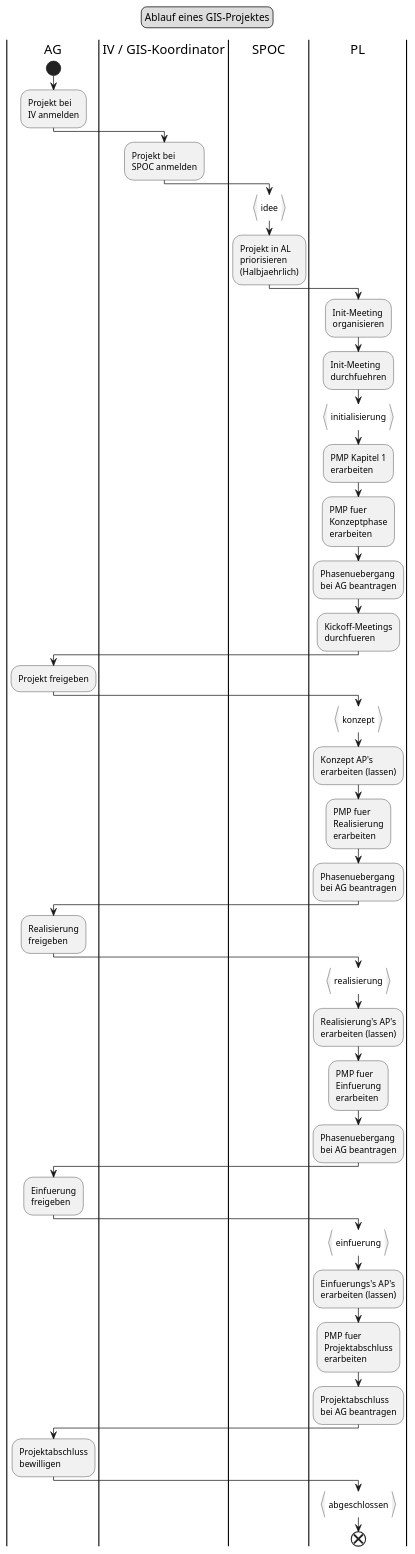
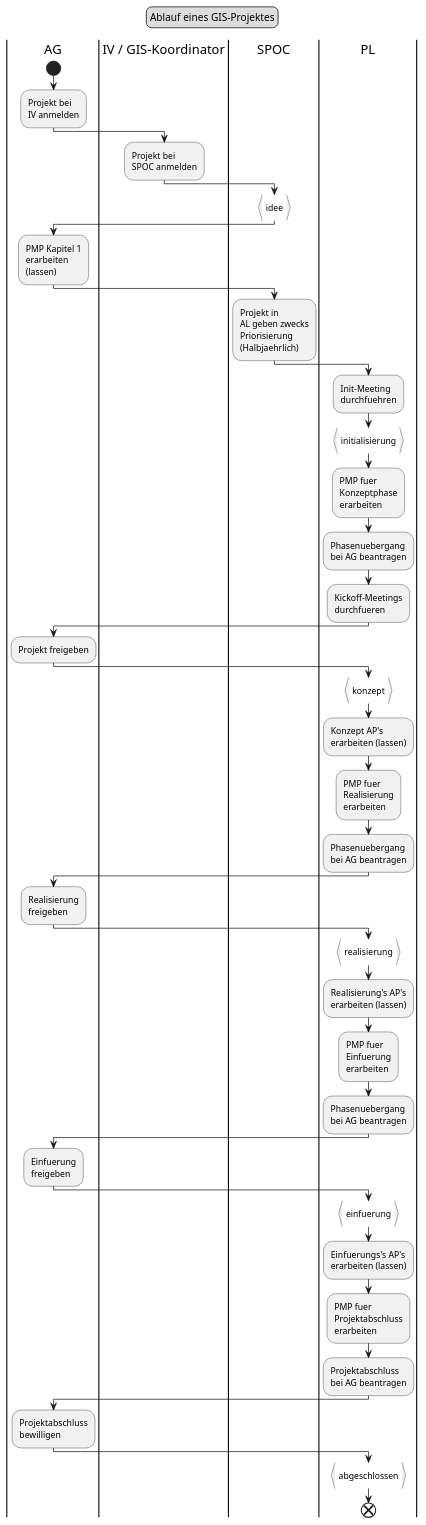
The diagram in puml/src/flow_gisprojekt.puml (ojeker/docktick), drawn with PlantUML before and after one commit. The commit also changed 5 other files, not shown here.

Commit message:
Authored project flows

```diff
--- a/puml/src/flow_gisprojekt.puml
+++ b/puml/src/flow_gisprojekt.puml
@@ -1,73 +1,75 @@
 @startuml
 legend top
 	Ablauf eines GIS-Projektes
 end legend
 |AG|
 start
 :Projekt bei
 IV anmelden;
 |IV / GIS-Koordinator|
 :Projekt bei
 SPOC anmelden;
 |SPOC|
 :idee}
-:Projekt in AL
-priorisieren
+|AG|
+:PMP Kapitel 1
+erarbeiten
+(lassen);
+|SPOC|
+:Projekt in
+AL geben zwecks
+Priorisierung
 (Halbjaehrlich);
 |PL|
 :Init-Meeting
-organisieren;
-:Init-Meeting
 durchfuehren;
 :initialisierung}
-:PMP Kapitel 1
-erarbeiten;
 :PMP fuer
 Konzeptphase
 erarbeiten;
 :Phasenuebergang
 bei AG beantragen;
 :Kickoff-Meetings
 durchfueren;
 |AG|
 :Projekt freigeben;
 |PL|
 :konzept}
 :Konzept AP's
 erarbeiten (lassen);
 :PMP fuer
 Realisierung
 erarbeiten;
 :Phasenuebergang
 bei AG beantragen;
 |AG|
 :Realisierung
 freigeben;
 |PL|
 :realisierung}
 :Realisierung's AP's
 erarbeiten (lassen);
 :PMP fuer
 Einfuerung
 erarbeiten;
 :Phasenuebergang
 bei AG beantragen;
 |AG|
 :Einfuerung
 freigeben;
 |PL|
 :einfuerung}
 :Einfuerungs's AP's
 erarbeiten (lassen);
 :PMP fuer
 Projektabschluss
 erarbeiten;
 :Projektabschluss
 bei AG beantragen;
 |AG|
 :Projektabschluss
 bewilligen;
 |PL|
 :abgeschlossen}
 end
 @enduml
```
